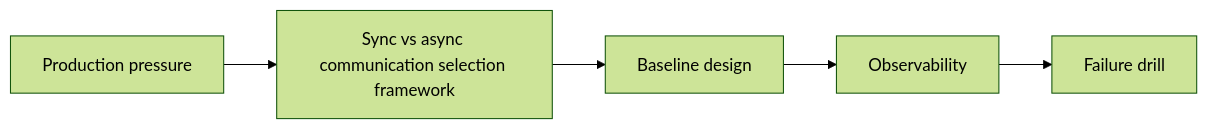
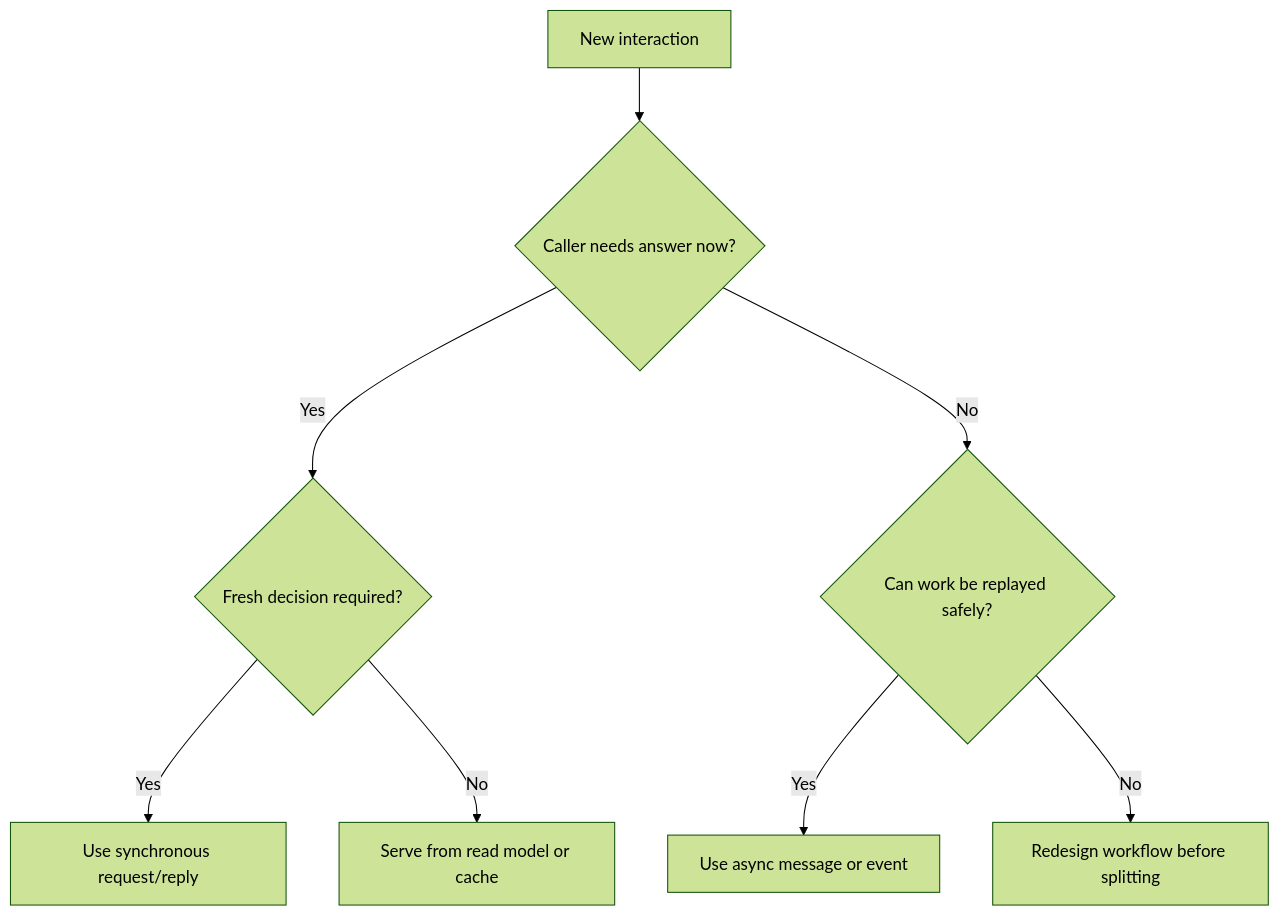
One commit to sandeepbhardwaj/sandeepbhardwaj.github.io changed the diagram in _posts/2026-08-02-microservices-sync-vs-async-framework-part-1.md. Above: the diagram before and after it, drawn with Mermaid (forest theme). The commit also changed other lines of this file and 113 other files, not shown here.

````diff
--- a/_posts/2026-08-02-microservices-sync-vs-async-framework-part-1.md
+++ b/_posts/2026-08-02-microservices-sync-vs-async-framework-part-1.md
@@ -57,7 +128,10 @@
 ```mermaid
-flowchart LR
-    A[Production pressure] --> B[Sync vs async communication selection framework]
-    B --> C[Baseline design]
-    C --> D[Observability]
-    D --> E[Failure drill]
+flowchart TD
+    A[New interaction] --> B{Caller needs answer now?}
+    B -->|Yes| C{Fresh decision required?}
+    C -->|Yes| D[Use synchronous request/reply]
+    C -->|No| E[Serve from read model or cache]
+    B -->|No| F{Can work be replayed safely?}
+    F -->|Yes| G[Use async message or event]
+    F -->|No| H[Redesign workflow before splitting]
 ```
````
